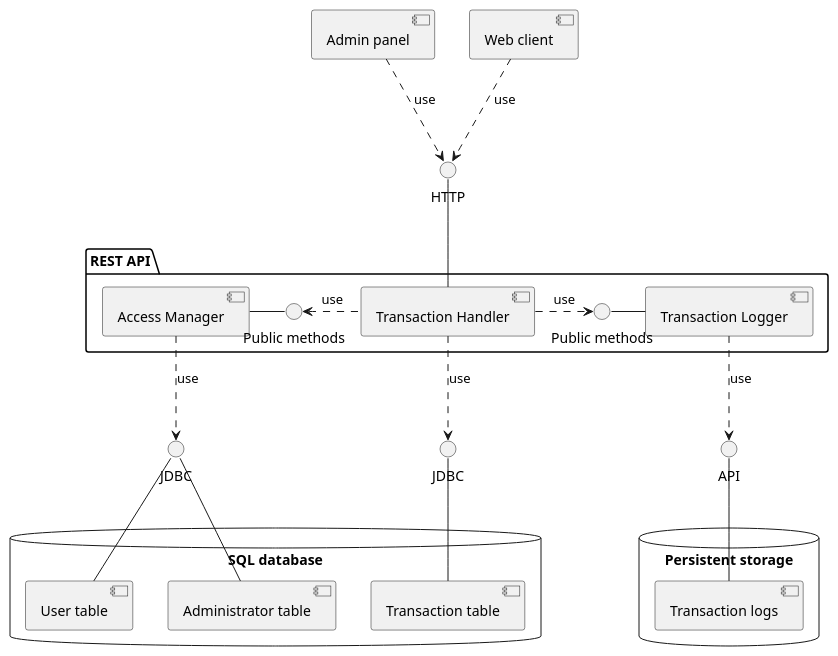
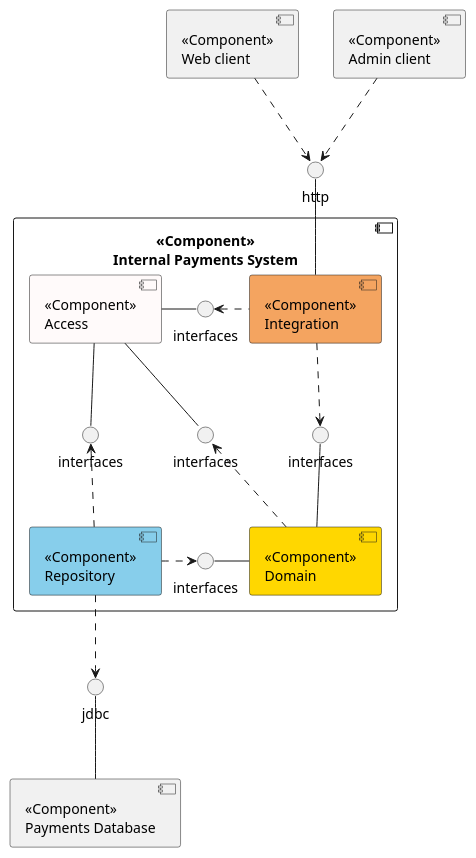
Before and after one commit to opendemobank/diagrams: the diagram in component/component.iuml, drawn with PlantUML. The commit also changed 8 other files, not shown here.

Commit message:
Update component diagrams

```diff
--- a/component/component.iuml
+++ b/component/component.iuml
@@ -1,50 +1,42 @@
-@startuml
+@startuml Component
 
-[Admin panel] as admin
-[Web client] as web
+component "<<Component>>\nWeb client" as webClient
+component "<<Component>>\nAdmin client" as adminClient
 
-package "REST API" {
-    [Access Manager] as access
-    [Transaction Handler] as handler
-    [Transaction Logger] as logger
-    
-    () "Public methods" as methods1
-    () "Public methods" as methods2
+component "<<Component>>\nInternal Payments System" {
+    component "<<Component>>\nIntegration" as integration #SandyBrown
+    component "<<Component>>\nAccess" as access #Snow
+    component "<<Component>>\nRepository" as repository #SkyBlue
+    component "<<Component>>\nDomain" as domain #Gold
+
+    () "interfaces" as  interface1
+    () "interfaces" as  interface2
+    () "interfaces" as  interface3
+    () "interfaces" as  interface4
+    () "interfaces" as  interface5
+
+    access -right- interface1
+    interface1 <. integration
+
+    domain -up- interface2
+    integration ..> interface2
+
+    domain -left- interface3
+    repository .> interface3
+
+    access -down- interface4
+    interface4 <.. repository
+
+    access -down- interface5
+    interface5 <.. domain
 }
 
-database "SQL database" {
-    [User table] as users
-    [Administrator table] as administrators
-    [Transaction table] as transactions
-}
+integration -up- http
+webClient ..> http
+adminClient ..> http
 
-database "Persistent storage" {
-    [Transaction logs] as logs
-}
+component "<<Component>>\nPayments Database" as paymentsDatabase
 
-() "JDBC" as jdbc1
-() "JDBC" as jdbc2
-() "API" as api
-() "HTTP" as http
-
-handler -up- http
-admin ..> http : use
-web ..> http : use
-
-access -right- methods1
-handler .left.> methods1 : use
-logger -left- methods2
-handler .right.> methods2 : use
-
-handler ..> jdbc1 : use
-jdbc1 -- transactions
-
-access ..> jdbc2 : use
-jdbc2 -- users
-jdbc2 -- administrators
-
-
-logger ..> api : use
-api -- logs
-
+repository ..> jdbc
+jdbc -- paymentsDatabase
 @enduml
```
